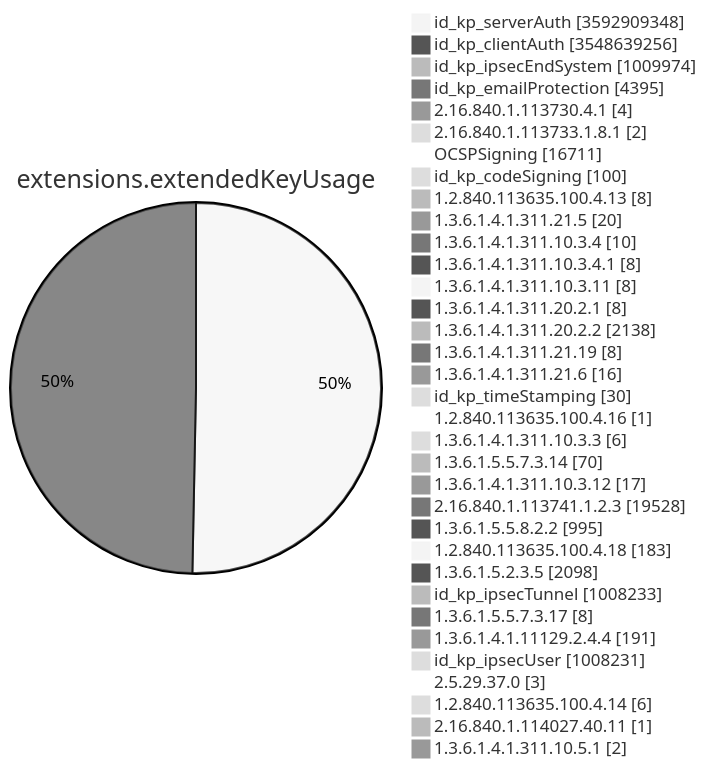
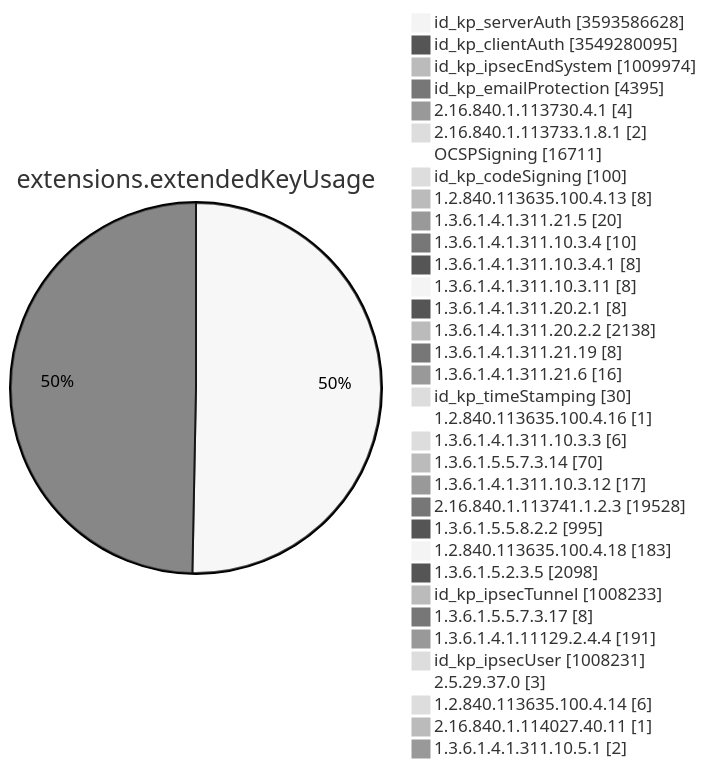
Before and after one commit to christiankrug/ctmonitor_visualization: diagram 11 of 15 in TOTAL/README.md, drawn with Mermaid (neutral theme). The commit also changed other lines of this file, not shown here.

````diff
--- a/TOTAL/README.md
+++ b/TOTAL/README.md
@@ -4128,38 +4128,38 @@
 ```mermaid
 pie showData
 title extensions.extendedKeyUsage
-"id_kp_serverAuth" :3592909348
-"id_kp_clientAuth" :3548639256
+"id_kp_serverAuth" :3593586628
+"id_kp_clientAuth" :3549280095
 "id_kp_ipsecEndSystem" :1009974
 "id_kp_emailProtection" :4395
 "2.16.840.1.113730.4.1" :4
 "2.16.840.1.113733.1.8.1" :2
 "OCSPSigning" :16711
 "id_kp_codeSigning" :100
 "1.2.840.113635.100.4.13" :8
 "1.3.6.1.4.1.311.21.5" :20
 "1.3.6.1.4.1.311.10.3.4" :10
 "1.3.6.1.4.1.311.10.3.4.1" :8
 "1.3.6.1.4.1.311.10.3.11" :8
 "1.3.6.1.4.1.311.20.2.1" :8
 "1.3.6.1.4.1.311.20.2.2" :2138
 "1.3.6.1.4.1.311.21.19" :8
 "1.3.6.1.4.1.311.21.6" :16
 "id_kp_timeStamping" :30
 "1.2.840.113635.100.4.16" :1
 "1.3.6.1.4.1.311.10.3.3" :6
 "1.3.6.1.5.5.7.3.14" :70
 "1.3.6.1.4.1.311.10.3.12" :17
 "2.16.840.1.113741.1.2.3" :19528
 "1.3.6.1.5.5.8.2.2" :995
 "1.2.840.113635.100.4.18" :183
 "1.3.6.1.5.2.3.5" :2098
 "id_kp_ipsecTunnel" :1008233
 "1.3.6.1.5.5.7.3.17" :8
 "1.3.6.1.4.1.11129.2.4.4" :191
 "id_kp_ipsecUser" :1008231
 "2.5.29.37.0" :3
 "1.2.840.113635.100.4.14" :6
 "2.16.840.1.114027.40.11" :1
 "1.3.6.1.4.1.311.10.5.1" :2
 ```
````
